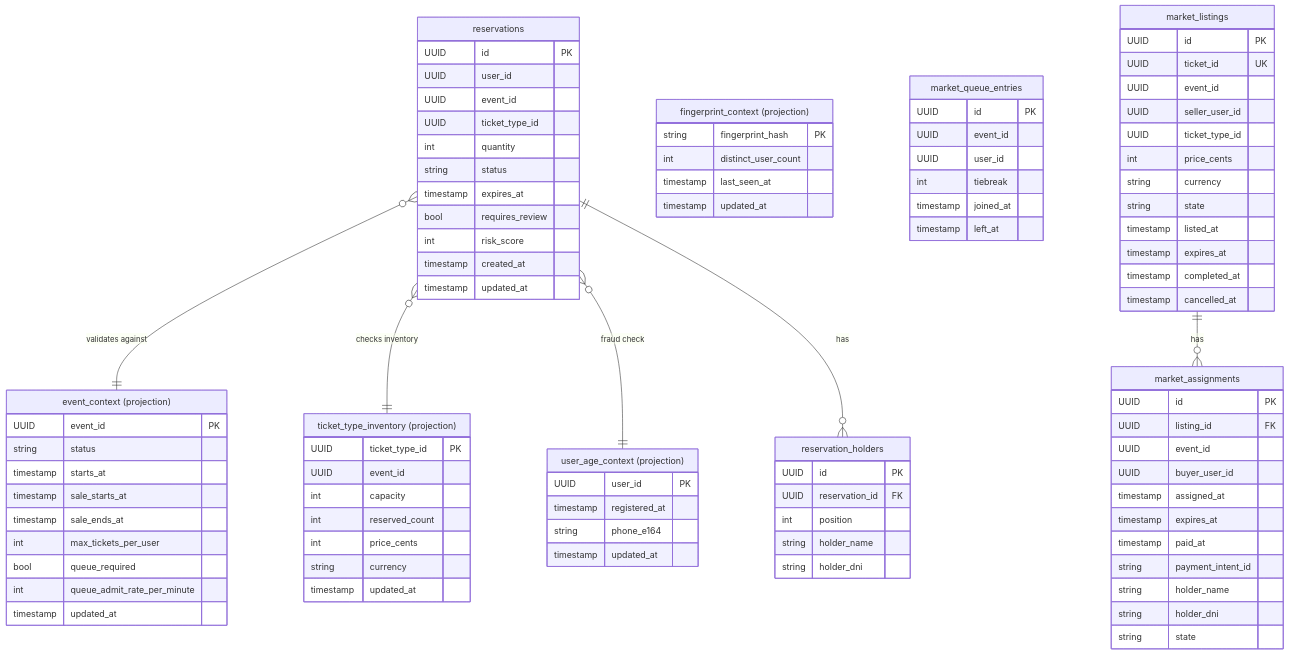
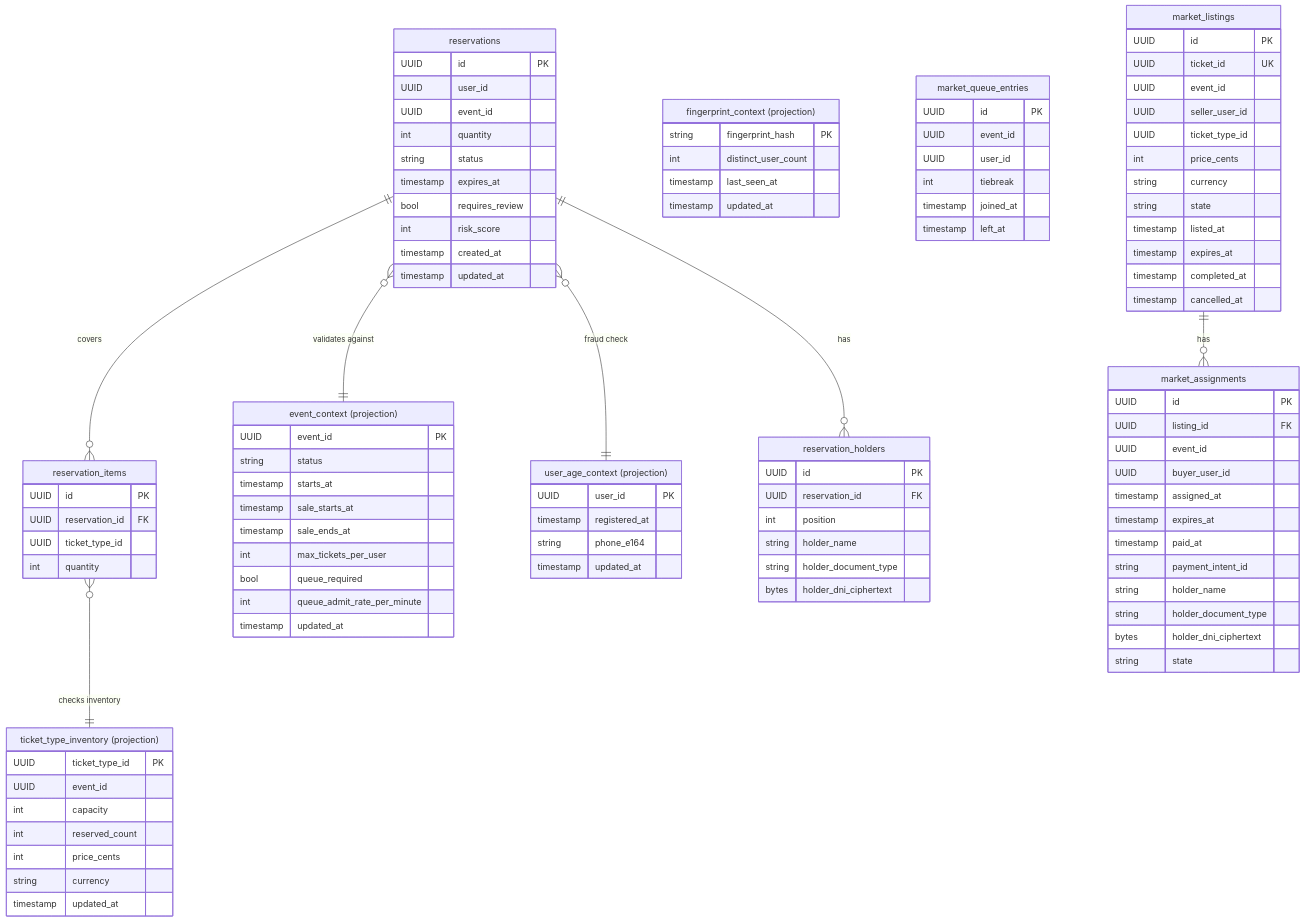
One commit to cristiangilsanz/qrew changed the diagram in docs/architecture/apps/api/services/sales/schema.md. Above: the diagram before and after it, drawn with Mermaid. The commit also changed other lines of this file and 399 other files, not shown here.

```diff
--- a/docs/architecture/apps/api/services/sales/schema.md
+++ b/docs/architecture/apps/api/services/sales/schema.md
@@ -6,7 +6,6 @@
         UUID id PK
         UUID user_id
         UUID event_id
-        UUID ticket_type_id
         int quantity
         string status
         timestamp expires_at
@@ -14,6 +13,13 @@
         int risk_score
         timestamp created_at
         timestamp updated_at
+    }
+
+    reservation_items {
+        UUID id PK
+        UUID reservation_id FK
+        UUID ticket_type_id
+        int quantity
     }
 
     event_context["event_context (projection)"] {
@@ -57,7 +63,8 @@
         UUID reservation_id FK
         int position
         string holder_name
-        string holder_dni
+        string holder_document_type
+        bytes holder_dni_ciphertext
     }
 
     market_queue_entries {
@@ -94,12 +101,14 @@
         timestamp paid_at
         string payment_intent_id
         string holder_name
-        string holder_dni
+        string holder_document_type
+        bytes holder_dni_ciphertext
         string state
     }
 
     reservations }o--|| event_context : "validates against"
-    reservations }o--|| ticket_type_inventory : "checks inventory"
+    reservations ||--o{ reservation_items : "covers"
+    reservation_items }o--|| ticket_type_inventory : "checks inventory"
     reservations }o--|| user_age_context : "fraud check"
     reservations ||--o{ reservation_holders : "has"
     market_listings ||--o{ market_assignments : "has"
```
